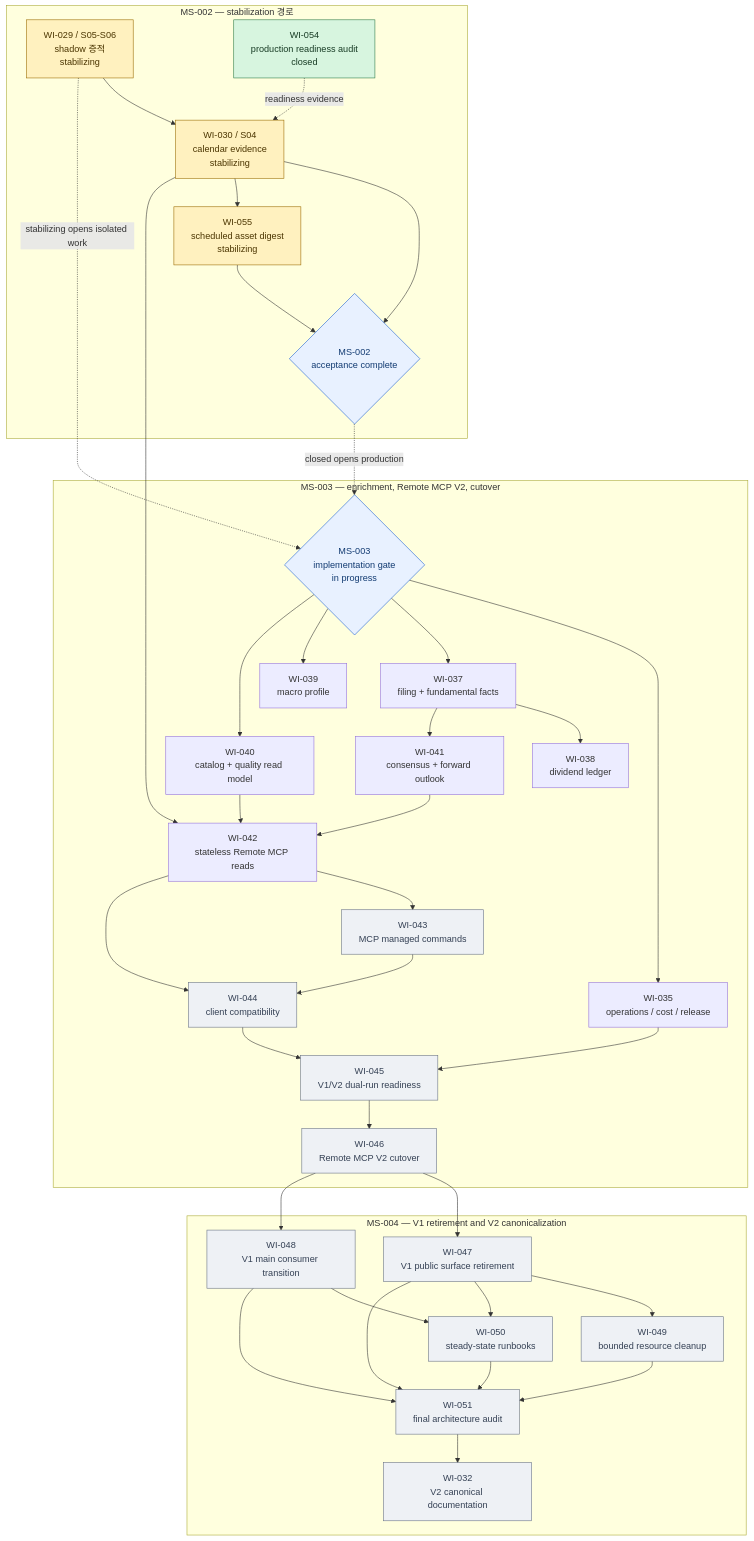
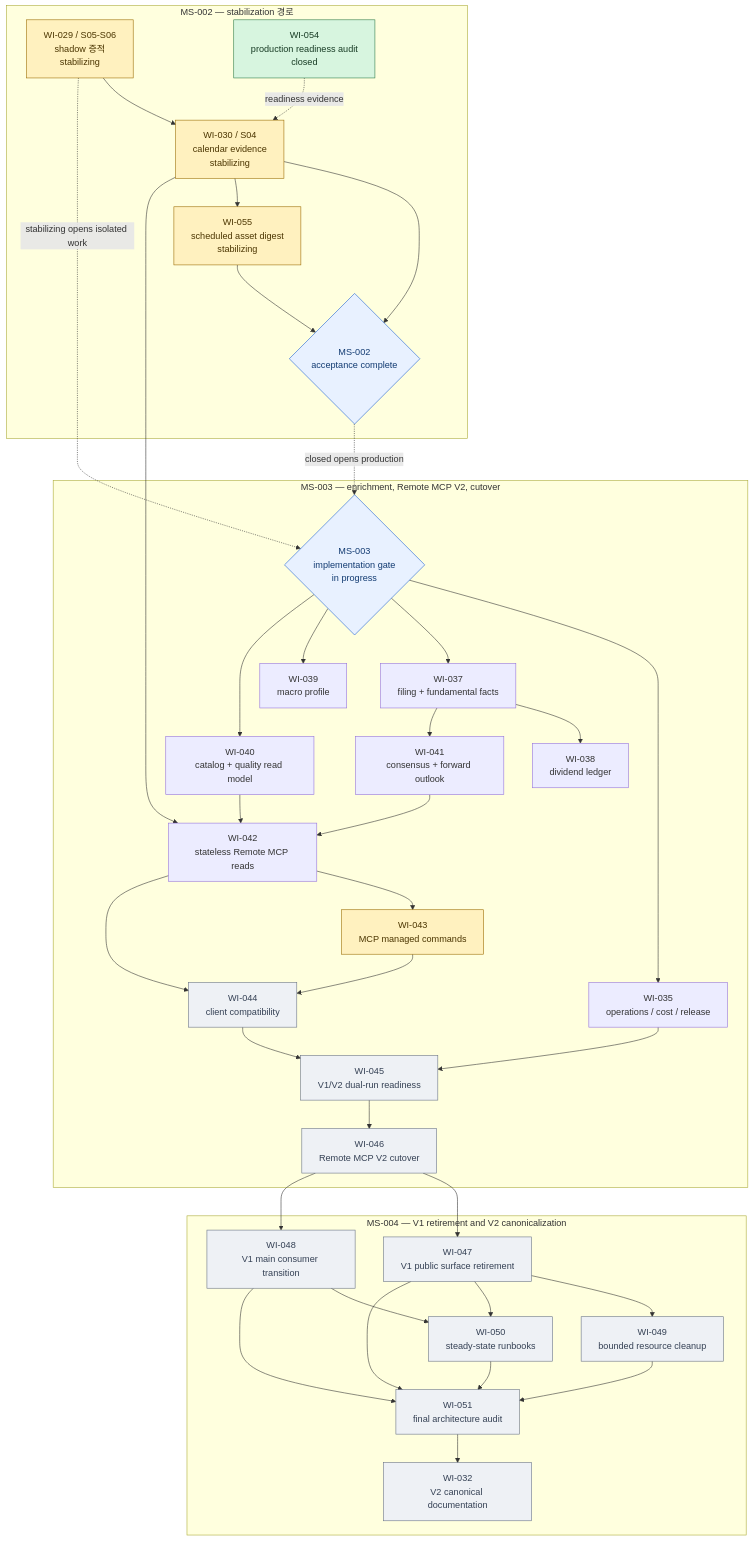
One commit to meringue5/KIS_Portfolio_MCP changed the third of 3 diagrams in docs/milestones/README.md. Above: the diagram before and after it, drawn with Mermaid. The commit also changed other lines of this file and 3 other files, not shown here.

````diff
--- a/docs/milestones/README.md
+++ b/docs/milestones/README.md
@@ -144,80 +144,81 @@
 ```mermaid
 flowchart TB
     subgraph M2["MS-002 — stabilization 경로"]
         W29["WI-029 / S05-S06<br/>shadow 증적<br/>stabilizing"]
         W30["WI-030 / S04<br/>calendar evidence<br/>stabilizing"]
         W54["WI-054<br/>production readiness audit<br/>closed"]
         W55["WI-055<br/>scheduled asset digest<br/>stabilizing"]
         M2DONE{"MS-002<br/>acceptance complete"}
         W29 --> W30 --> M2DONE
         W30 --> W55 --> M2DONE
         W54 -. readiness evidence .-> W30
     end
 
     subgraph M3["MS-003 — enrichment, Remote MCP V2, cutover"]
         M3OPEN{"MS-003<br/>implementation gate<br/>in progress"}
         W35["WI-035<br/>operations / cost / release"]
         W37["WI-037<br/>filing + fundamental facts"]
         W38["WI-038<br/>dividend ledger"]
         W39["WI-039<br/>macro profile"]
         W40["WI-040<br/>catalog + quality read model"]
         W41["WI-041<br/>consensus + forward outlook"]
         W42["WI-042<br/>stateless Remote MCP reads"]
         W43["WI-043<br/>MCP managed commands"]
         W44["WI-044<br/>client compatibility"]
         W45["WI-045<br/>V1/V2 dual-run readiness"]
         W46["WI-046<br/>Remote MCP V2 cutover"]
 
         M3OPEN --> W35
         M3OPEN --> W37
         M3OPEN --> W39
         M3OPEN --> W40
         W37 --> W38
         W37 --> W41
         W30 --> W42
         W40 --> W42
         W41 --> W42
         W42 --> W43
         W42 --> W44
         W43 --> W44
         W35 --> W45
         W44 --> W45 --> W46
     end
 
     subgraph M4["MS-004 — V1 retirement and V2 canonicalization"]
         W47["WI-047<br/>V1 public surface retirement"]
         W48["WI-048<br/>V1 main consumer transition"]
         W49["WI-049<br/>bounded resource cleanup"]
         W50["WI-050<br/>steady-state runbooks"]
         W51["WI-051<br/>final architecture audit"]
         W32["WI-032<br/>V2 canonical documentation"]
 
         W46 --> W47
         W46 --> W48
         W47 --> W49
         W47 --> W50
         W48 --> W50
         W47 --> W51
         W48 --> W51
         W49 --> W51
         W50 --> W51
         W51 --> W32
     end
 
     W29 -. stabilizing opens isolated work .-> M3OPEN
     M2DONE -. closed opens production .-> M3OPEN
 
     classDef active fill:#fff1bf,stroke:#9a6b00,color:#4b3500;
     classDef closed fill:#d7f5df,stroke:#2d7a46,color:#173b24;
     classDef ready fill:#e8f1ff,stroke:#175cd3,color:#123b72;
     classDef blocked fill:#fde2e2,stroke:#b42318,color:#5b1712;
     classDef proposed fill:#eef1f5,stroke:#667085,color:#344054;
     classDef gate fill:#e8f1ff,stroke:#175cd3,color:#123b72;
     class W29,W30 active;
     class W54 closed;
     class W55 active;
     class W35,W40 verified;
+    class W43 active;
     class W37,W38,W39,W41,W42 verified;
-    class W43,W44,W45,W46,W47,W48,W49,W50,W51,W32 proposed;
+    class W44,W45,W46,W47,W48,W49,W50,W51,W32 proposed;
     class M2DONE,M3OPEN gate;
 ```
````
